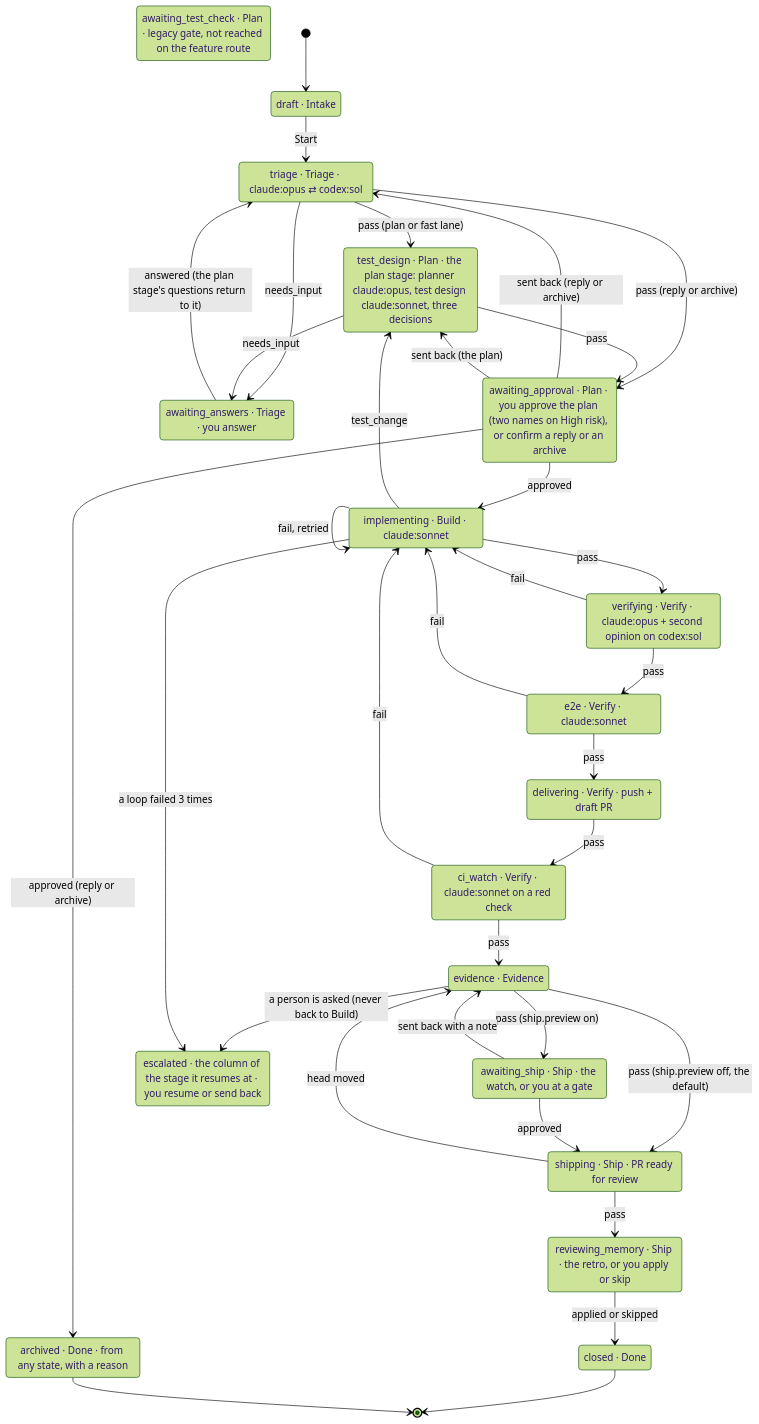
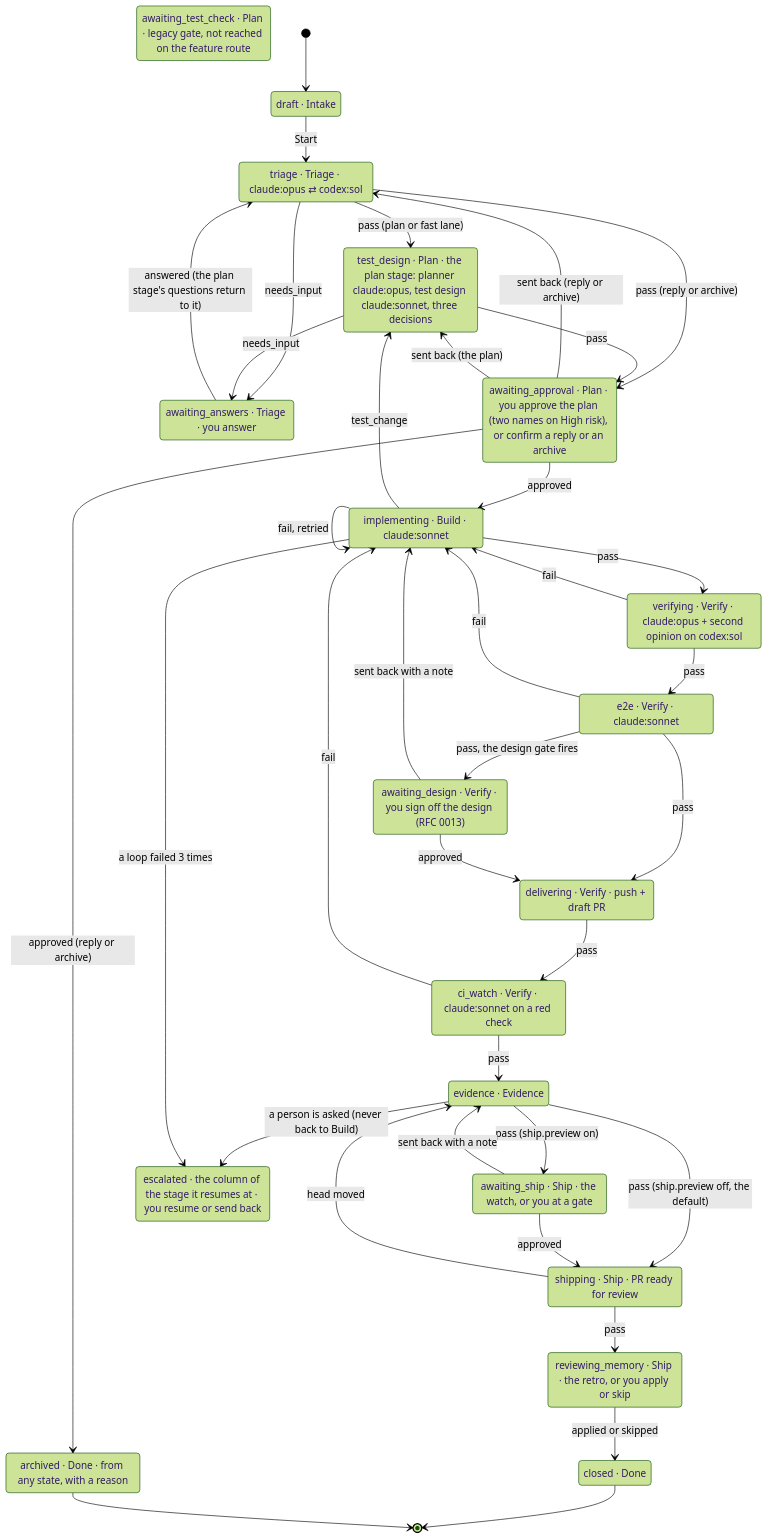
One commit to HigorAlves/luna-tui changed the second of 3 diagrams in docs/architecture.md. Above: the diagram before and after it, drawn with Mermaid (forest theme). The commit also changed other lines of this file and 428 other files, not shown here.

````diff
--- a/docs/architecture.md
+++ b/docs/architecture.md
@@ -217,56 +223,60 @@
 ```mermaid
 stateDiagram-v2
   direction TB
   draft: draft · Intake
   triage: triage · Triage · claude:opus ⇄ codex:sol
   awaiting_answers: awaiting_answers · Triage · you answer
   awaiting_approval: awaiting_approval · Plan · you approve the plan (two names on High risk), or confirm a reply or an archive
   test_design: test_design · Plan · the plan stage: planner claude:opus, test design claude:sonnet, three decisions
   awaiting_test_check: awaiting_test_check · Plan · legacy gate, not reached on the feature route
   implementing: implementing · Build · claude:sonnet
   verifying: verifying · Verify · claude:opus + second opinion on codex:sol
   e2e: e2e · Verify · claude:sonnet
+  awaiting_design: awaiting_design · Verify · you sign off the design (RFC 0013)
   delivering: delivering · Verify · push + draft PR
   ci_watch: ci_watch · Verify · claude:sonnet on a red check
   evidence: evidence · Evidence
   awaiting_ship: awaiting_ship · Ship · the watch, or you at a gate
   shipping: shipping · Ship · PR ready for review
   reviewing_memory: reviewing_memory · Ship · the retro, or you apply or skip
   escalated: escalated · the column of the stage it resumes at · you resume or send back
   closed: closed · Done
   archived: archived · Done · from any state, with a reason
 
   [*] --> draft
   draft --> triage: Start
   triage --> awaiting_answers: needs_input
   awaiting_answers --> triage: answered (the plan stage's questions return to it)
   triage --> test_design: pass (plan or fast lane)
   triage --> awaiting_approval: pass (reply or archive)
   awaiting_approval --> triage: sent back (reply or archive)
   awaiting_approval --> archived: approved (reply or archive)
   test_design --> awaiting_approval: pass
   test_design --> awaiting_answers: needs_input
   awaiting_approval --> test_design: sent back (the plan)
   awaiting_approval --> implementing: approved
   implementing --> verifying: pass
   implementing --> implementing: fail, retried
   implementing --> test_design: test_change
   verifying --> e2e: pass
   e2e --> delivering: pass
+  e2e --> awaiting_design: pass, the design gate fires
+  awaiting_design --> delivering: approved
+  awaiting_design --> implementing: sent back with a note
   delivering --> ci_watch: pass
   ci_watch --> evidence: pass
   evidence --> shipping: pass (ship.preview off, the default)
   evidence --> awaiting_ship: pass (ship.preview on)
   verifying --> implementing: fail
   e2e --> implementing: fail
   ci_watch --> implementing: fail
   evidence --> escalated: a person is asked (never back to Build)
   awaiting_ship --> evidence: sent back with a note
   shipping --> evidence: head moved
   implementing --> escalated: a loop failed 3 times
   awaiting_ship --> shipping: approved
   shipping --> reviewing_memory: pass
   reviewing_memory --> closed: applied or skipped
   closed --> [*]
   archived --> [*]
 ```
````
